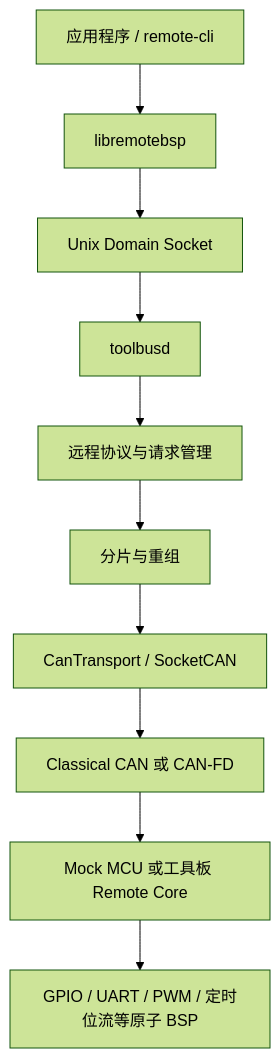
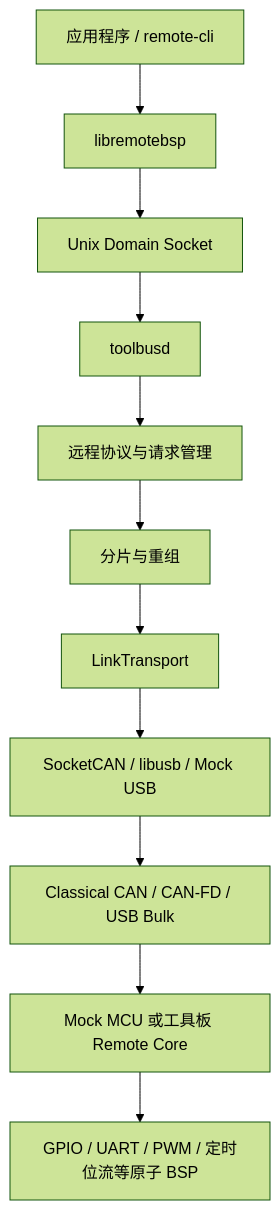
The diagram in README.md (sendu2wfdx/RemoteBSP), drawn with Mermaid (forest theme) before and after one commit. The commit also changed other lines of this file and 63 other files, not shown here.

````diff
--- a/README.md
+++ b/README.md
@@ -15,12 +16,13 @@
 ```mermaid
 flowchart TD
     A["应用程序 / remote-cli"] --> B["libremotebsp"]
     B --> C["Unix Domain Socket"]
     C --> D["toolbusd"]
     D --> E["远程协议与请求管理"]
     E --> F["分片与重组"]
-    F --> G["CanTransport / SocketCAN"]
-    G --> H["Classical CAN 或 CAN-FD"]
-    H --> I["Mock MCU 或工具板 Remote Core"]
+    F --> G["LinkTransport"]
+    G --> H["SocketCAN / libusb / Mock USB"]
+    H --> H2["Classical CAN / CAN-FD / USB Bulk"]
+    H2 --> I["Mock MCU 或工具板 Remote Core"]
     I --> J["GPIO / UART / PWM / 定时位流等原子 BSP"]
 ```
````
